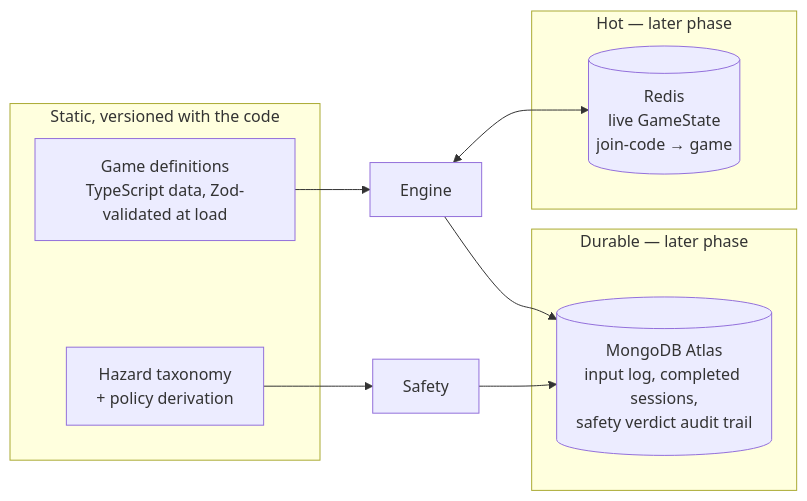
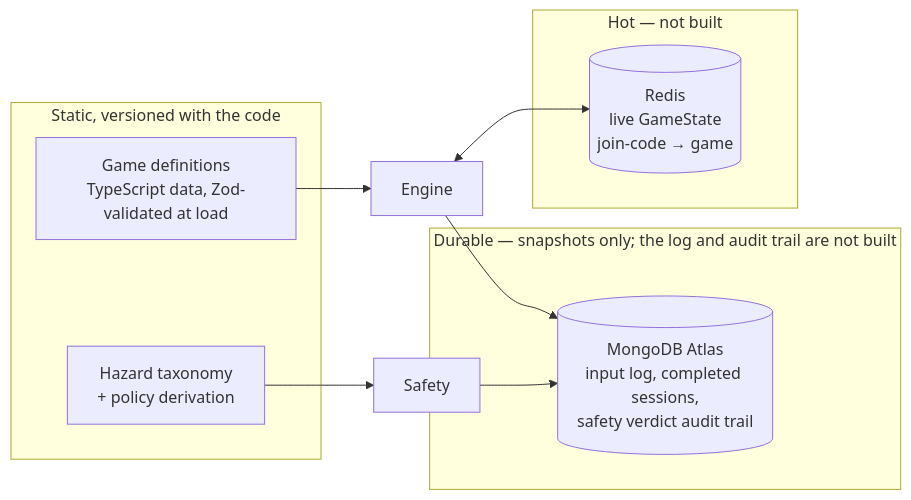
Before and after one commit to SHWETANK-SAURABH/touchgrass-game-master: the sixth of 9 diagrams in ARCHITECTURE.md, drawn with Mermaid. The commit also changed other lines of this file and 23 other files, not shown here.

````diff
--- a/ARCHITECTURE.md
+++ b/ARCHITECTURE.md
@@ -917,21 +931,21 @@
 ```mermaid
 flowchart LR
     subgraph Static["Static, versioned with the code"]
         Defs["Game definitions<br/>TypeScript data, Zod-validated at load"]
         Hazards["Hazard taxonomy<br/>+ policy derivation"]
     end
 
-    subgraph Hot["Hot — later phase"]
+    subgraph Hot["Hot — not built"]
         R[("Redis<br/>live GameState<br/>join-code → game")]
     end
 
-    subgraph Durable["Durable — later phase"]
+    subgraph Durable["Durable — snapshots only; the log and audit trail are not built"]
         M[("MongoDB Atlas<br/>input log, completed sessions,<br/>safety verdict audit trail")]
     end
 
     Defs --> Engine["Engine"]
     Hazards --> Safety["Safety"]
     Engine <--> R
     Engine --> M
     Safety --> M
 ```
````
